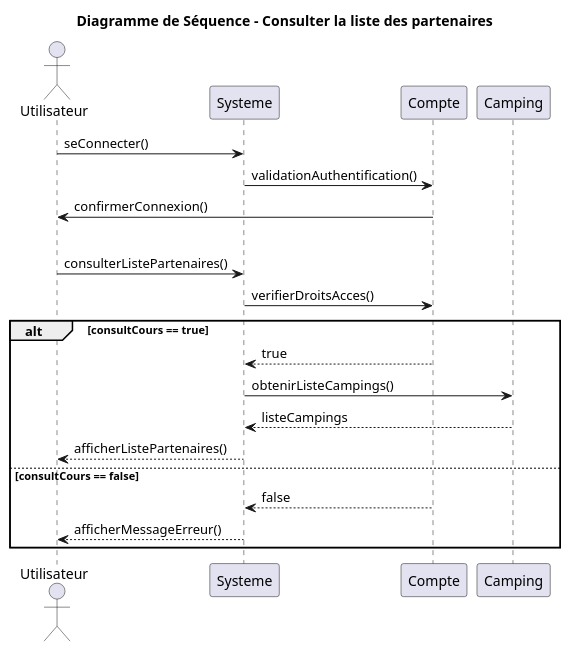
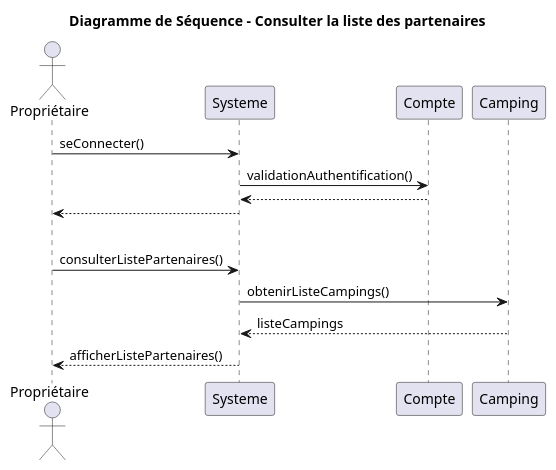
The diagram in UML/Diagramme_séquence_consulter_liste_partenaires.puml (Egario54/ProjetClubNautique), drawn with PlantUML before and after one commit. The commit also changed 31 other files, not shown here.

Commit message:
standardisation des retours dans les diagrammes

```diff
--- a/UML/Diagramme_séquence_consulter_liste_partenaires.puml
+++ b/UML/Diagramme_séquence_consulter_liste_partenaires.puml
@@ -1,28 +1,22 @@
 @startuml
 title Diagramme de Séquence - Consulter la liste des partenaires
-actor Utilisateur
+actor Propriétaire
 participant Systeme
 participant Compte
 participant Camping
 
 'Connexion à un compte'
-Utilisateur -> Systeme: seConnecter()
+Propriétaire -> Systeme: seConnecter()
 Systeme -> Compte: validationAuthentification()
-Compte -> Utilisateur: confirmerConnexion()
+return
+Systeme --> Propriétaire
 
 'Séparation'
 |||
 
 'Consulter la liste des partenaires'
-Utilisateur -> Systeme: consulterListePartenaires()
-Systeme -> Compte : verifierDroitsAcces()
-alt consultCours == true
-    Compte --> Systeme : true
+Propriétaire -> Systeme: consulterListePartenaires()
     Systeme -> Camping: obtenirListeCampings()
     Camping --> Systeme: listeCampings
-    Systeme --> Utilisateur: afficherListePartenaires()
-else consultCours == false
-    Compte --> Systeme : false
-    Systeme --> Utilisateur: afficherMessageErreur()
-end
+    Systeme --> Propriétaire: afficherListePartenaires()
 @enduml
```
